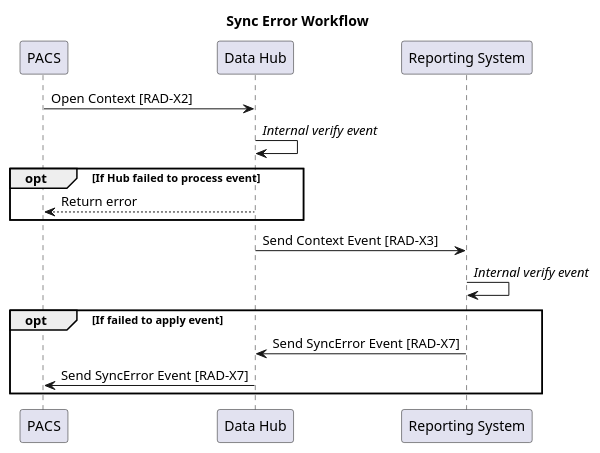
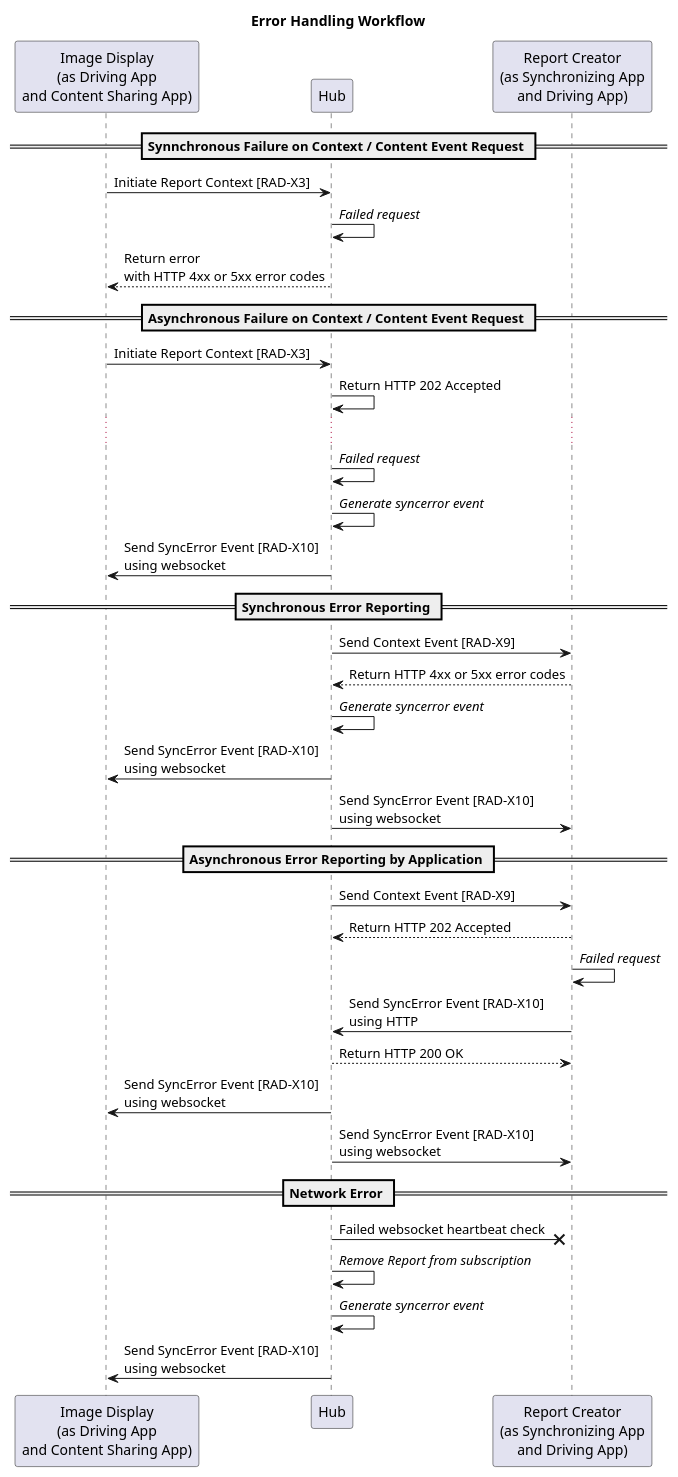
One commit to IHE/RAD.IRA changed the diagram in input/images-source/syncerror.plantuml. Above: the diagram before and after it, drawn with PlantUML. The commit also changed 1 other file, not shown here.

Commit message:
Updated error handling diagram and added use case description.

```diff
--- a/input/images-source/syncerror.plantuml
+++ b/input/images-source/syncerror.plantuml
@@ -1,22 +1,46 @@
 @startuml syncerror
 
-title Sync Error Workflow
+title Error Handling Workflow
 
-participant "PACS" as PACS
-participant "Data Hub" as Hub
-participant "Reporting System" as Report
+participant "Image Display\n(as Driving App\nand Content Sharing App)" as PACS
+participant "Hub" as Hub
+participant "Report Creator\n(as Synchronizing App\nand Driving App)" as Report
 
-PACS->Hub: Open Context [RAD-X2]
-Hub->Hub: //Internal verify event//
-opt If Hub failed to process event
-Hub-->PACS: Return error
-end opt
+== Synnchronous Failure on Context / Content Event Request ==
 
-Hub->Report: Send Context Event [RAD-X3]
-Report->Report: //Internal verify event//
-opt If failed to apply event
-Report->Hub: Send SyncError Event [RAD-X7]
-Hub->PACS: Send SyncError Event [RAD-X7]
-end opt
+PACS->Hub: Initiate Report Context [RAD-X3]
+Hub->Hub: //Failed request//
+Hub-->PACS: Return error\nwith HTTP 4xx or 5xx error codes
+
+== Asynchronous Failure on Context / Content Event Request ==
+
+PACS->Hub: Initiate Report Context [RAD-X3]
+Hub->Hub: Return HTTP 202 Accepted
+...
+Hub->Hub: //Failed request// 
+Hub->Hub: //Generate syncerror event//
+Hub->PACS: Send SyncError Event [RAD-X10]\nusing websocket
+
+== Synchronous Error Reporting ==
+Hub->Report: Send Context Event [RAD-X9]
+Report-->Hub: Return HTTP 4xx or 5xx error codes
+Hub->Hub: //Generate syncerror event//
+Hub->PACS: Send SyncError Event [RAD-X10]\nusing websocket
+Hub->Report: Send SyncError Event [RAD-X10]\nusing websocket
+
+== Asynchronous Error Reporting by Application ==
+Hub->Report: Send Context Event [RAD-X9]
+Report-->Hub: Return HTTP 202 Accepted
+Report->Report: //Failed request//
+Report->Hub: Send SyncError Event [RAD-X10]\nusing HTTP
+Hub-->Report: Return HTTP 200 OK
+Hub->PACS: Send SyncError Event [RAD-X10]\nusing websocket
+Hub->Report: Send SyncError Event [RAD-X10]\nusing websocket
+
+== Network Error ==
+Hub->x Report: Failed websocket heartbeat check
+Hub->Hub: //Remove Report from subscription//
+Hub->Hub: //Generate syncerror event//
+Hub->PACS: Send SyncError Event [RAD-X10]\nusing websocket
 
 @enduml
```
